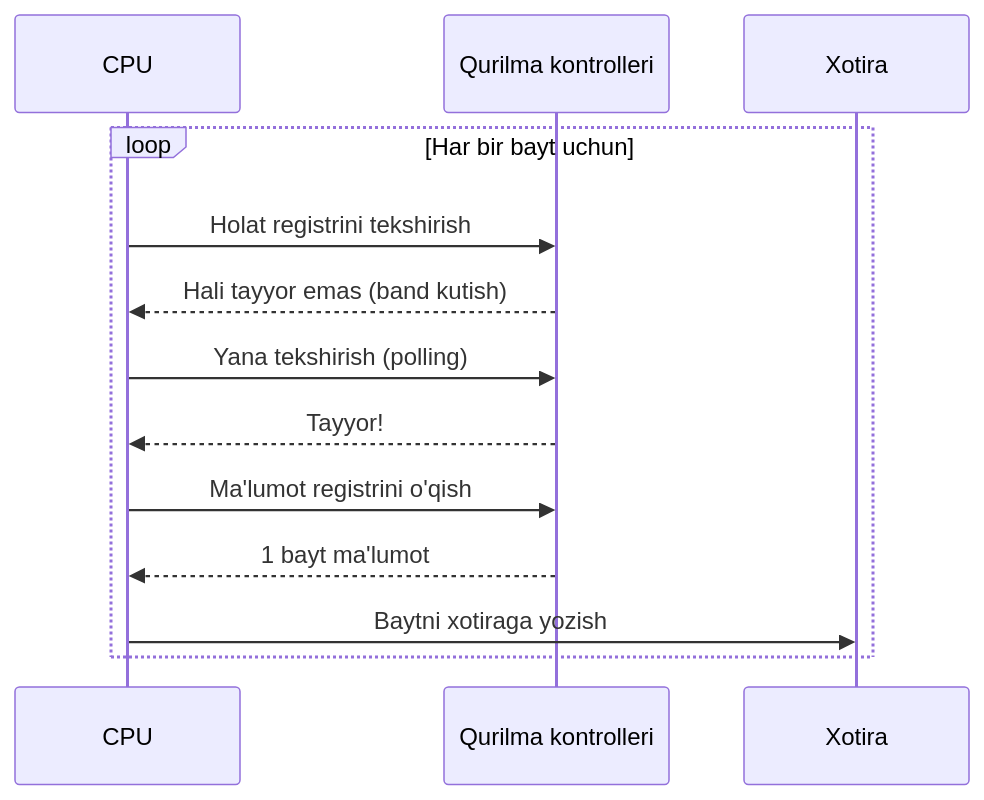
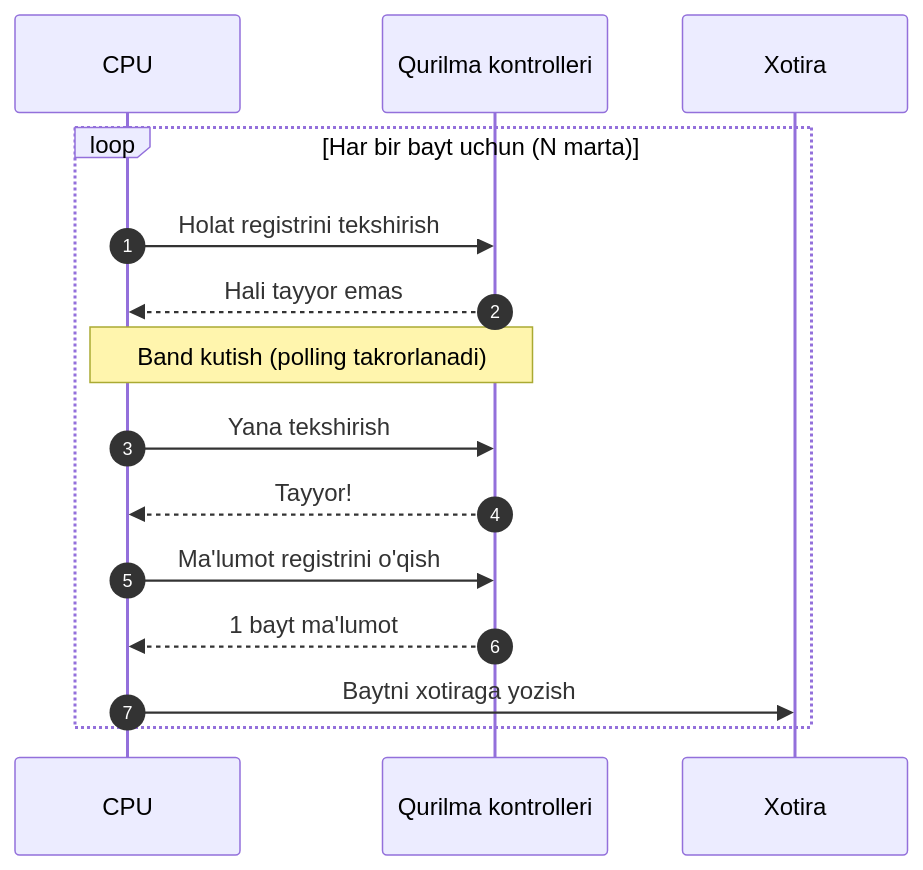
The second of 5 diagrams in PIO_DMA_Mustaqil_ish.md (komronigris1119-byte/Root-Access-), drawn with Mermaid before and after one commit. The commit also changed other lines of this file and 1 other file, not shown here.

Commit message:
Mustaqil ishni chiroyli formatda yangilash: aniqroq texnik mazmun, HTML jadvallar, yaxshilangan diagrammalar va Word stillari

````diff
--- a/PIO_DMA_Mustaqil_ish.md
+++ b/PIO_DMA_Mustaqil_ish.md
@@ -229,15 +257,17 @@
 ```mermaid
 sequenceDiagram
+    autonumber
     participant CPU
-    participant Kontroller as Qurilma kontrolleri
+    participant K as Qurilma kontrolleri
     participant RAM as Xotira
-    loop Har bir bayt uchun
-        CPU->>Kontroller: Holat registrini tekshirish
-        Kontroller-->>CPU: Hali tayyor emas (band kutish)
-        CPU->>Kontroller: Yana tekshirish (polling)
-        Kontroller-->>CPU: Tayyor!
-        CPU->>Kontroller: Ma'lumot registrini o'qish
-        Kontroller-->>CPU: 1 bayt ma'lumot
+    loop Har bir bayt uchun (N marta)
+        CPU->>K: Holat registrini tekshirish
+        K-->>CPU: Hali tayyor emas
+        Note over CPU,K: Band kutish (polling takrorlanadi)
+        CPU->>K: Yana tekshirish
+        K-->>CPU: Tayyor!
+        CPU->>K: Ma'lumot registrini o'qish
+        K-->>CPU: 1 bayt ma'lumot
         CPU->>RAM: Baytni xotiraga yozish
     end
 ```
````
